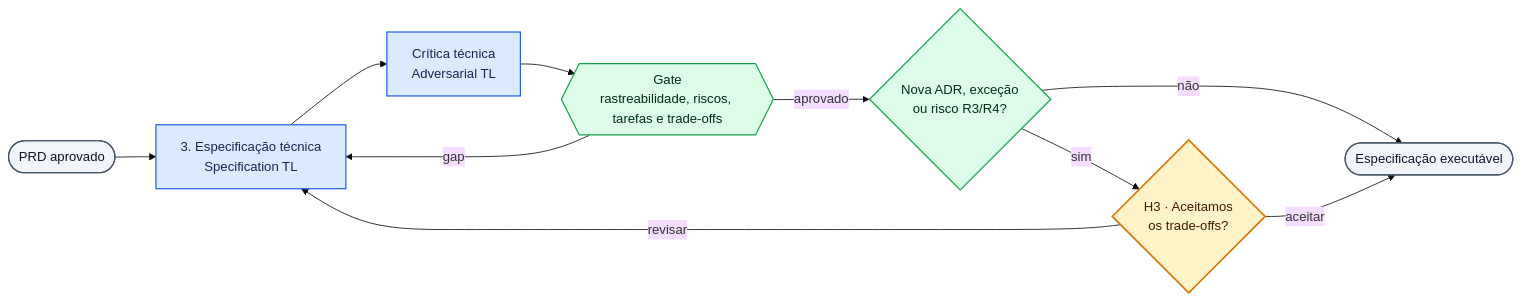
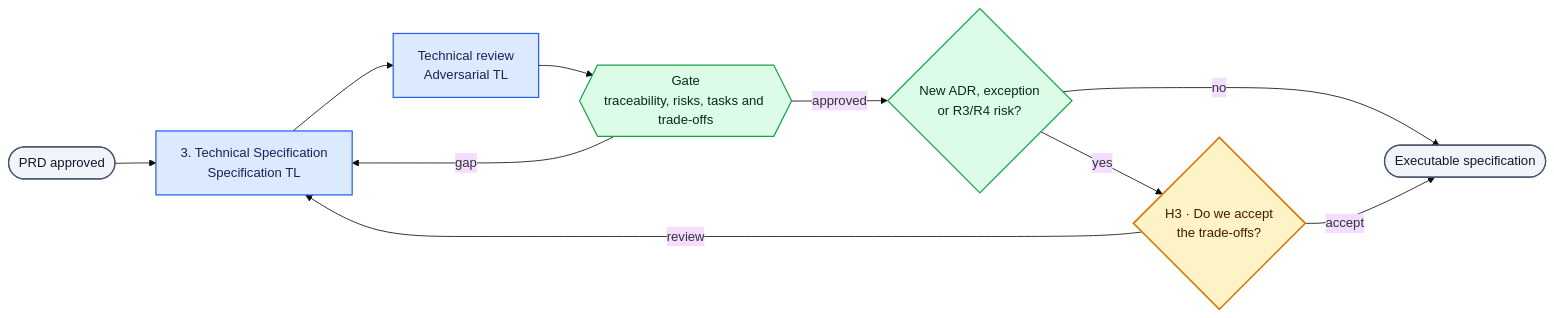
The third of 6 diagrams in workspaces/tech-lead/docs/rules/journey-by-phase.md (diododias/ai-manifest), drawn with Mermaid (base theme) before and after one commit. The commit also changed other lines of this file and 294 other files, not shown here.

````diff
--- a/workspaces/tech-lead/docs/rules/journey-by-phase.md
+++ b/workspaces/tech-lead/docs/rules/journey-by-phase.md
@@ -99,27 +99,27 @@
 ```mermaid
 flowchart LR
-    IN([PRD aprovado])
-    S3["3. Especificação técnica<br/>Specification TL"]
-    ADV["Crítica técnica<br/>Adversarial TL"]
-    G3{{"Gate<br/>rastreabilidade, riscos, tarefas e trade-offs"}}
-    RISK{"Nova ADR, exceção<br/>ou risco R3/R4?"}
-    H3{"H3 · Aceitamos<br/>os trade-offs?"}
-    OUT([Especificação executável])
+    IN([PRD approved])
+    S3["3. Technical Specification<br/>Specification TL"]
+    ADV["Technical review<br/>Adversarial TL"]
+    G3{{"Gate<br/>traceability, risks, tasks and trade-offs"}}
+    RISK{"New ADR, exception<br/>or R3/R4 risk?"}
+    H3{"H3 · Do we accept<br/>the trade-offs?"}
+    OUT([Executable specification])
 
     IN --> S3 --> ADV --> G3
     G3 -- "gap" --> S3
-    G3 -- "aprovado" --> RISK
-    RISK -- "não" --> OUT
-    RISK -- "sim" --> H3
-    H3 -- "revisar" --> S3
-    H3 -- "aceitar" --> OUT
+    G3 -- "approved" --> RISK
+    RISK -- "no" --> OUT
+    RISK -- "yes" --> H3
+    H3 -- "review" --> S3
+    H3 -- "accept" --> OUT
 
     classDef agent fill:#dbeafe,stroke:#2563eb,color:#172554,stroke-width:1.5px;
     classDef automation fill:#dcfce7,stroke:#16a34a,color:#052e16,stroke-width:1.5px;
     classDef human fill:#fef3c7,stroke:#d97706,color:#451a03,stroke-width:2px;
     classDef terminal fill:#f1f5f9,stroke:#475569,color:#0f172a,stroke-width:1.5px;
     class S3,ADV agent;
     class G3,RISK automation;
     class H3 human;
     class IN,OUT terminal;
 ```
````
